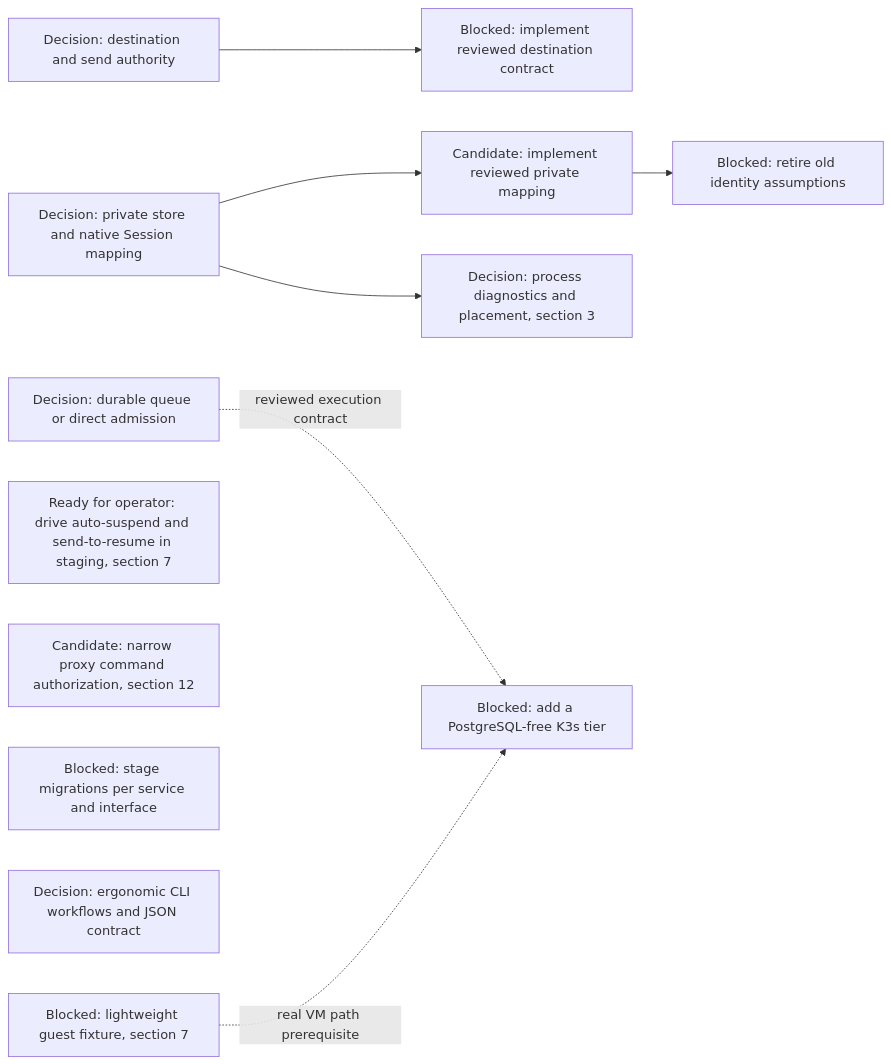
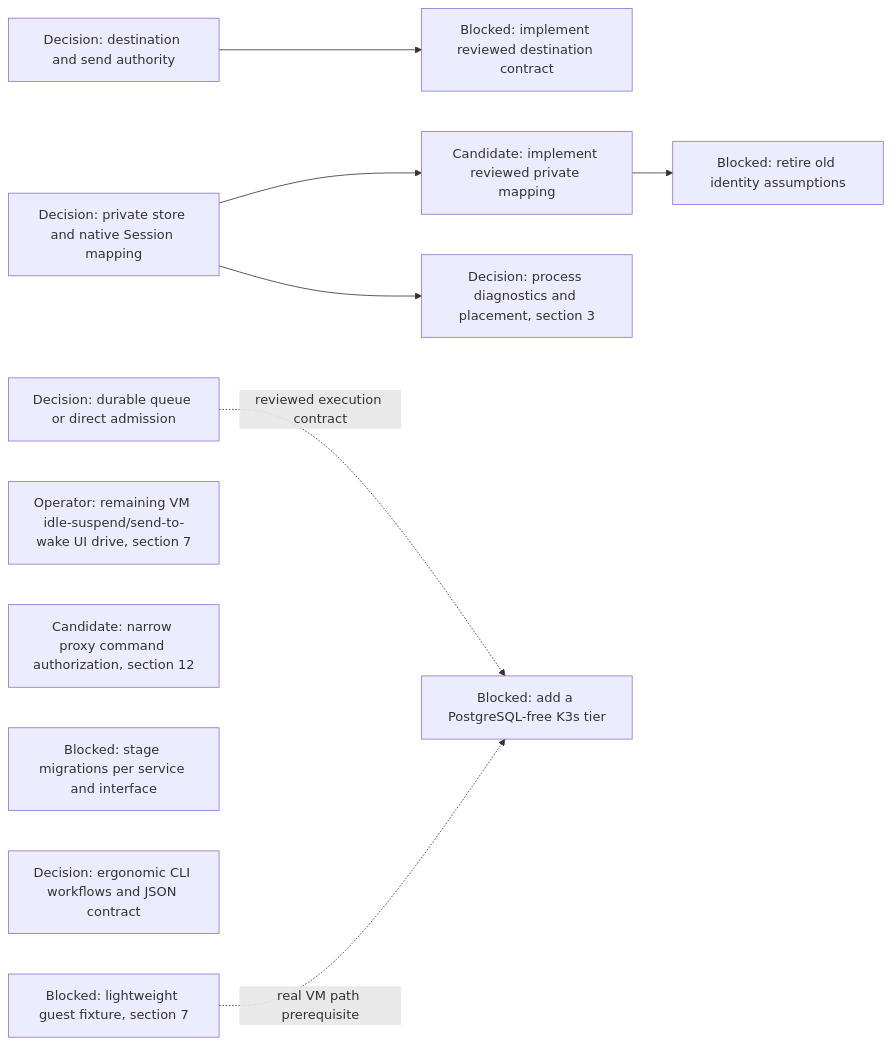
Diagram 16 of 16 in agentplane/plans/task_dag.md (agentydragon-agent/ducktape), drawn with Mermaid before and after one commit. The commit also changed other lines of this file and 3 other files, not shown here.

First line of the commit message:
docs(agentplane): prune rollout record and record successful wake drive (#10969)

````diff
--- a/agentplane/plans/task_dag.md
+++ b/agentplane/plans/task_dag.md
@@ -1690,22 +1681,22 @@
 ```mermaid
 flowchart LR
     DISPATCHER_PERSISTENCE_MODEL_DESIGN[Decision: durable queue or direct admission]
     DELIVERY_DESTINATION_AUTHORITY_DESIGN[Decision: destination and send authority]
     DELIVERY_DESTINATION_CONTRACT[Blocked: implement reviewed destination contract]
     HARNESS_IDENTITY_DESIGN[Decision: private store and native Session mapping]
     RUNNER_STORE_SESSION_IDENTITY[Candidate: implement reviewed private mapping]
     RUNNER_IDENTITY_LEGACY_CLEANUP[Blocked: retire old identity assumptions]
-    IDLE_SUSPEND_UI_DRIVE[Ready for operator: drive auto-suspend and send-to-resume in staging, section 7]
+    IDLE_SUSPEND_UI_DRIVE[Operator: remaining VM idle-suspend/send-to-wake UI drive, section 7]
     PROXY_START_METHODS_DISPATCHER_ONLY[Candidate: narrow proxy command authorization, section 12]
     RUNNER_HARNESS_OBJECTS_DESIGN[Decision: process diagnostics and placement, section 3]
     SERVICE_API_TRANSPORT_MIGRATIONS[Blocked: stage migrations per service and interface]
     AGENT_API_TOOLING_DESIGN[Decision: ergonomic CLI workflows and JSON contract]
     CNPG_FREE_K3S_INTEGRATION_TIER[Blocked: add a PostgreSQL-free K3s tier]
     K3S_VM_IMAGE[Blocked: lightweight guest fixture, section 7]
     DELIVERY_DESTINATION_AUTHORITY_DESIGN --> DELIVERY_DESTINATION_CONTRACT
     RUNNER_STORE_SESSION_IDENTITY --> RUNNER_IDENTITY_LEGACY_CLEANUP
     HARNESS_IDENTITY_DESIGN --> RUNNER_STORE_SESSION_IDENTITY
     HARNESS_IDENTITY_DESIGN --> RUNNER_HARNESS_OBJECTS_DESIGN
     DISPATCHER_PERSISTENCE_MODEL_DESIGN -. reviewed execution contract .-> CNPG_FREE_K3S_INTEGRATION_TIER
     K3S_VM_IMAGE -. real VM path prerequisite .-> CNPG_FREE_K3S_INTEGRATION_TIER
 ```
````
